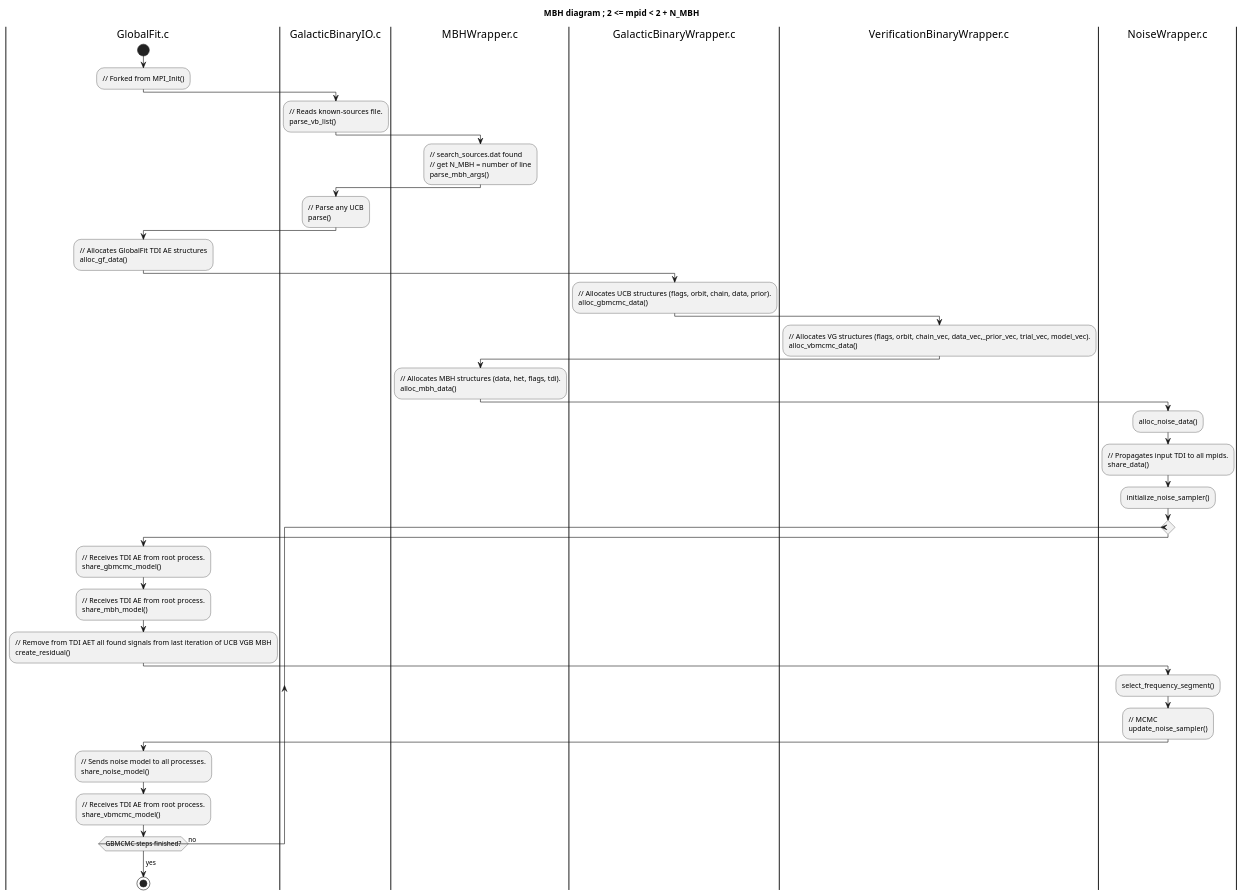
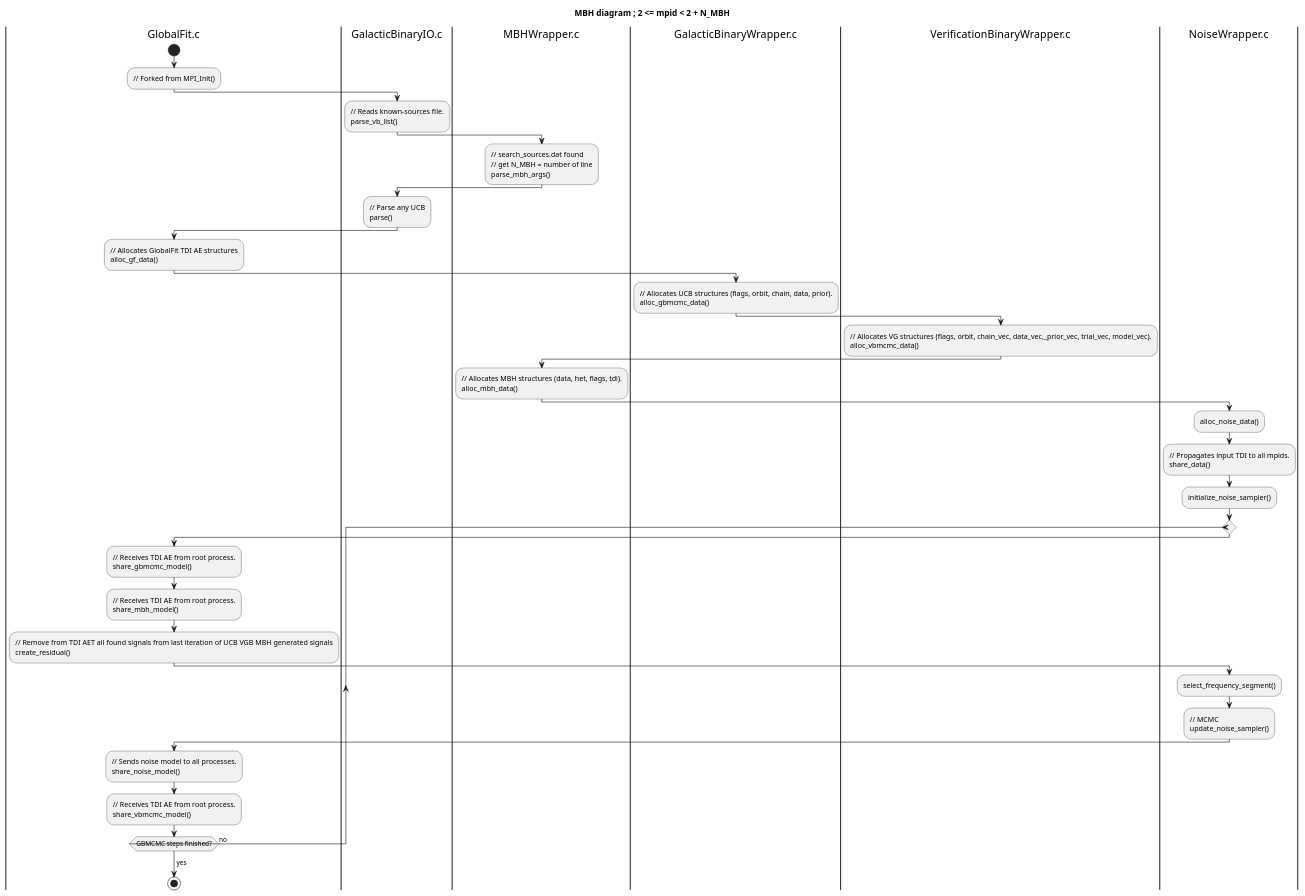
The diagram in umls/sequence/globalfit_gwsrc_noise.puml (antoinetran/cnes-globalfit1-container-idasoft), drawn with PlantUML before and after one commit. The commit also changed 3 other files, not shown here.

Commit message:
PlantUML seq diagram fix error create_residual()

```diff
--- a/umls/sequence/globalfit_gwsrc_noise.puml
+++ b/umls/sequence/globalfit_gwsrc_noise.puml
@@ -1,74 +1,74 @@
 @startuml
 title MBH diagram ; 2 <= mpid < 2 + N_MBH
 
 |#white|GlobalFit.c|
 start
   :// Forked from MPI_Init();
 
   |#white|GalacticBinaryIO.c|
   :// Reads known-sources file.
   parse_vb_list();
 
   |#white|MBHWrapper.c|
   :// search_sources.dat found
   // get N_MBH = number of line
   parse_mbh_args();
 
   |#white|GalacticBinaryIO.c|
   :// Parse any UCB 
   parse();
 
   |#white|GlobalFit.c|
   :// Allocates GlobalFit TDI AE structures
   alloc_gf_data();
 
   |#white|GalacticBinaryWrapper.c|
   :// Allocates UCB structures (flags, orbit, chain, data, prior).
   alloc_gbmcmc_data();
 
   |#white|VerificationBinaryWrapper.c|
   :// Allocates VG structures (flags, orbit, chain_vec, data_vec,_prior_vec, trial_vec, model_vec).
   alloc_vbmcmc_data();
 
   |#white|MBHWrapper.c|
   :// Allocates MBH structures (data, het, flags, tdi).
   alloc_mbh_data();
 
   |#white|NoiseWrapper.c|
   :alloc_noise_data();
 
   :// Propagates input TDI to all mpids.
   share_data();
 
   :initialize_noise_sampler();
 
   repeat
     |#white|GlobalFit.c|
     :// Receives TDI AE from root process.
     share_gbmcmc_model();
 
     |#white|GlobalFit.c|
     :// Receives TDI AE from root process.
     share_mbh_model();
 
-    :// Remove from TDI AET all found signals from last iteration of UCB VGB MBH
+    :// Remove from TDI AET all found signals from last iteration of UCB VGB MBH generated signals
     create_residual();
 
     |#white|NoiseWrapper.c|
     :select_frequency_segment();
 
     :// MCMC
     update_noise_sampler();
 
     |#white|GlobalFit.c|
     :// Sends noise model to all processes.
     share_noise_model();
 
     :// Receives TDI AE from root process.
     share_vbmcmc_model();
 
   repeat while (GBMCMC steps finished?) is (no)
   ->yes;
 
 stop
 @enduml
```
